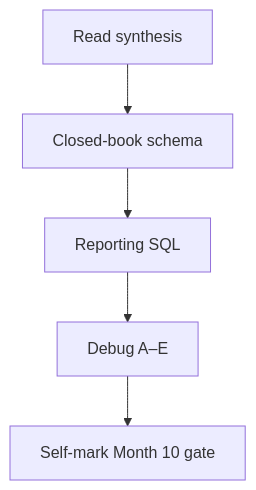
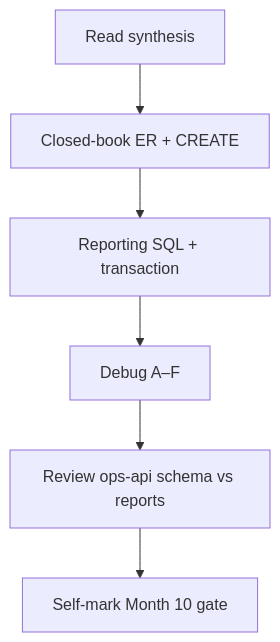
Before and after one commit to SuperPower-ai/StackOneRTM: the first of 2 diagrams in textbook/month-10/week-04/day-07.md, drawn with Mermaid. The commit also changed other lines of this file and 2 other files, not shown here.

Commit message:
Deepen the Month 10 and Month 11 exam chapters.

````diff
--- a/textbook/month-10/week-04/day-07.md
+++ b/textbook/month-10/week-04/day-07.md
@@ -27,7 +27,8 @@
 ```mermaid
 flowchart TB
-  SYN[Read synthesis] --> DES[Closed-book schema]
-  DES --> Q[Reporting SQL]
-  Q --> DBG[Debug A–E]
-  DBG --> GATE[Self-mark Month 10 gate]
+  SYN[Read synthesis] --> ER[Closed-book ER + CREATE]
+  ER --> SQL[Reporting SQL + transaction]
+  SQL --> DBG[Debug A–F]
+  DBG --> REV[Review ops-api schema vs reports]
+  REV --> GATE[Self-mark Month 10 gate]
 ```
````
